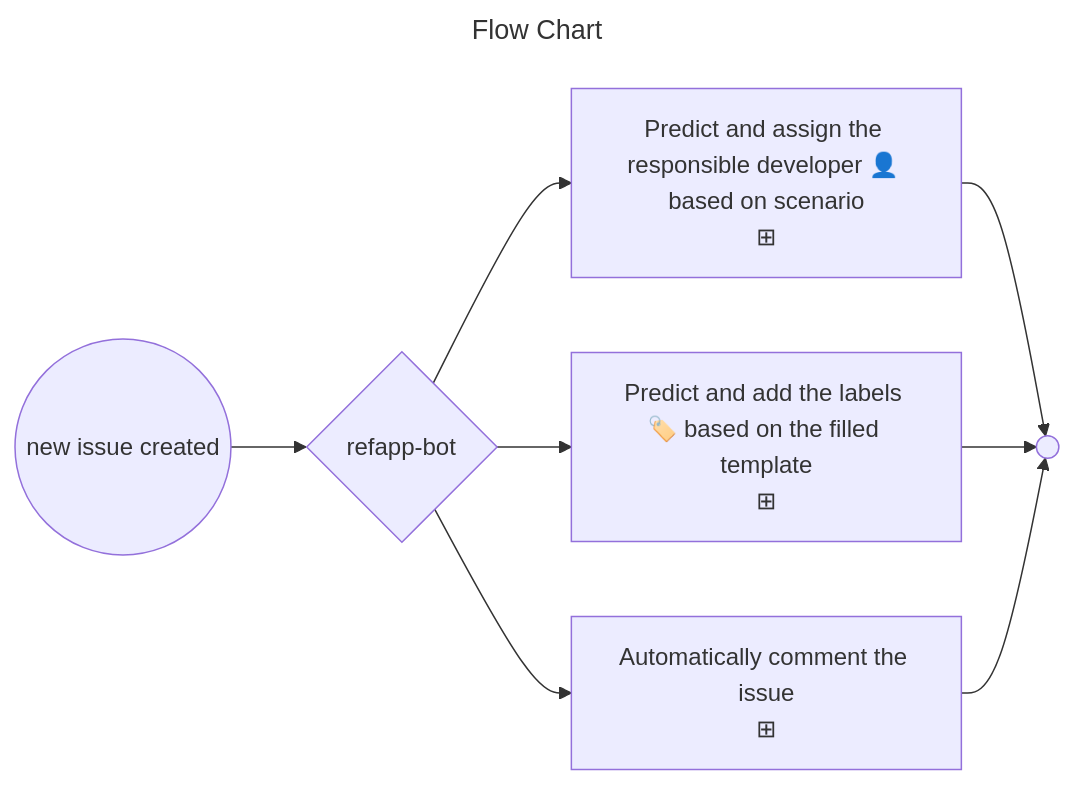
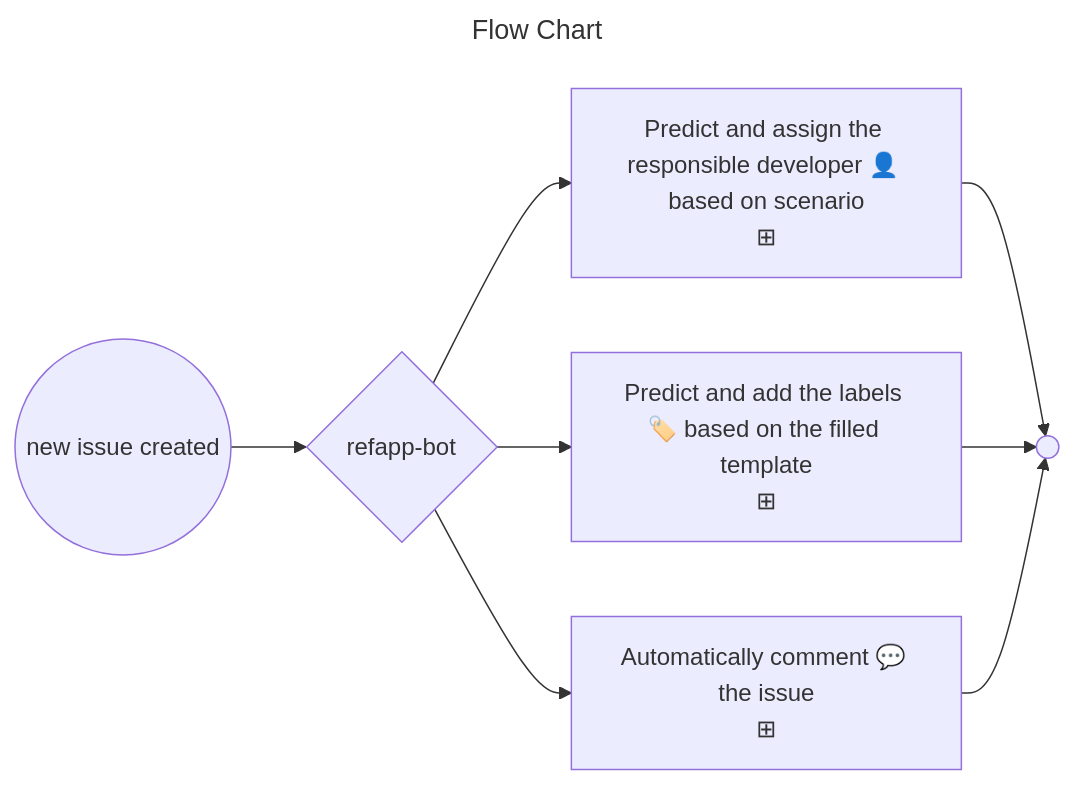
The diagram in README.md (ejazsyed/validation-issue), drawn with Mermaid before and after one commit.

Commit message:
issu-bot

````diff
--- a/README.md
+++ b/README.md
@@ -6,13 +6,13 @@
 ```mermaid
 ---
 title: Flow Chart
 ---
 flowchart LR
     start((new issue created)) --> p1{refapp-bot}
     p1 --> assignee["Predict and assign the responsible developer 👤 based on scenario\n⊞"]
     p1 --> label["Predict and add the labels 🏷️ based on the filled template\n⊞"]
-    p1 --> comment["Automatically comment the issue\n⊞"]
+    p1 --> comment["Automatically comment 💬 the issue\n⊞"]
     assignee --> e1(( ))
     label --> e1
     comment --> e1
 ```
````
